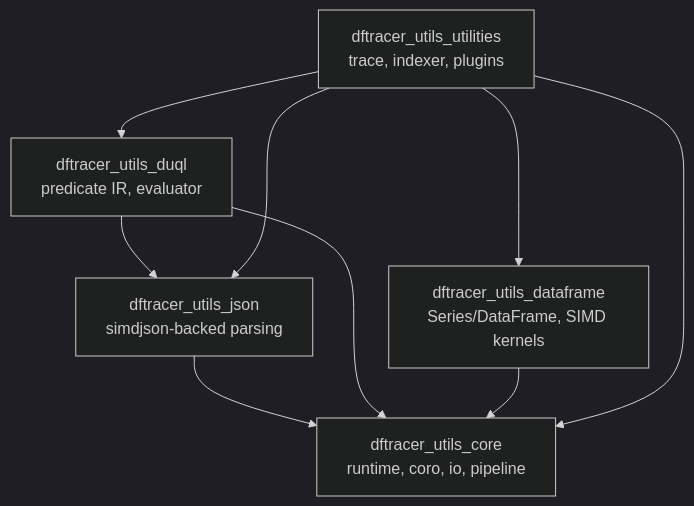
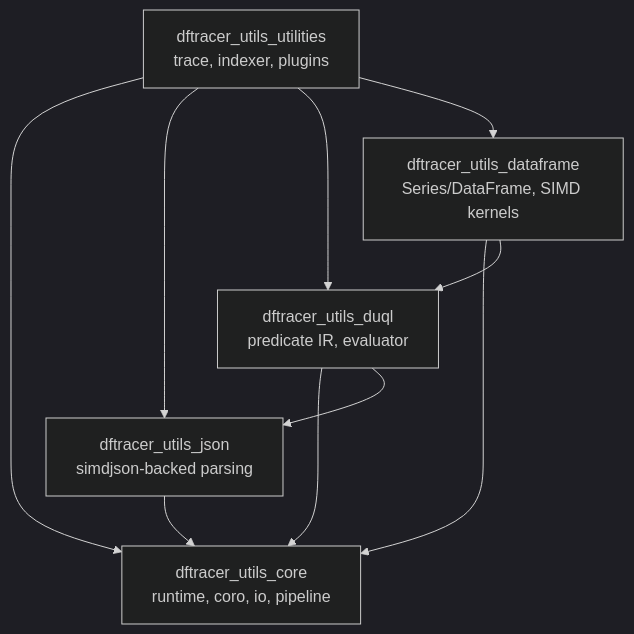
Before and after one commit to llnl-asr/dftracer-utils: the first of 2 diagrams in docs/source/concepts/architecture.rst, drawn with Mermaid (dark theme). The commit also changed other lines of this file and 66 other files, not shown here.

```diff
--- a/docs/source/concepts/architecture.rst
+++ b/docs/source/concepts/architecture.rst
@@ -38,16 +40,17 @@
 .. mermaid::
 
    graph TB
        Core["dftracer_utils_core<br/>runtime, coro, io, pipeline"]
        Json["dftracer_utils_json<br/>simdjson-backed parsing"]
        Query["dftracer_utils_duql<br/>predicate IR, evaluator"]
        DF["dftracer_utils_dataframe<br/>Series/DataFrame, SIMD kernels"]
        Util["dftracer_utils_utilities<br/>trace, indexer, plugins"]
        Json --> Core
        Query --> Core
        Query --> Json
        DF --> Core
+       DF --> Query
        Util --> Core
        Util --> Json
        Util --> Query
        Util --> DF
```
